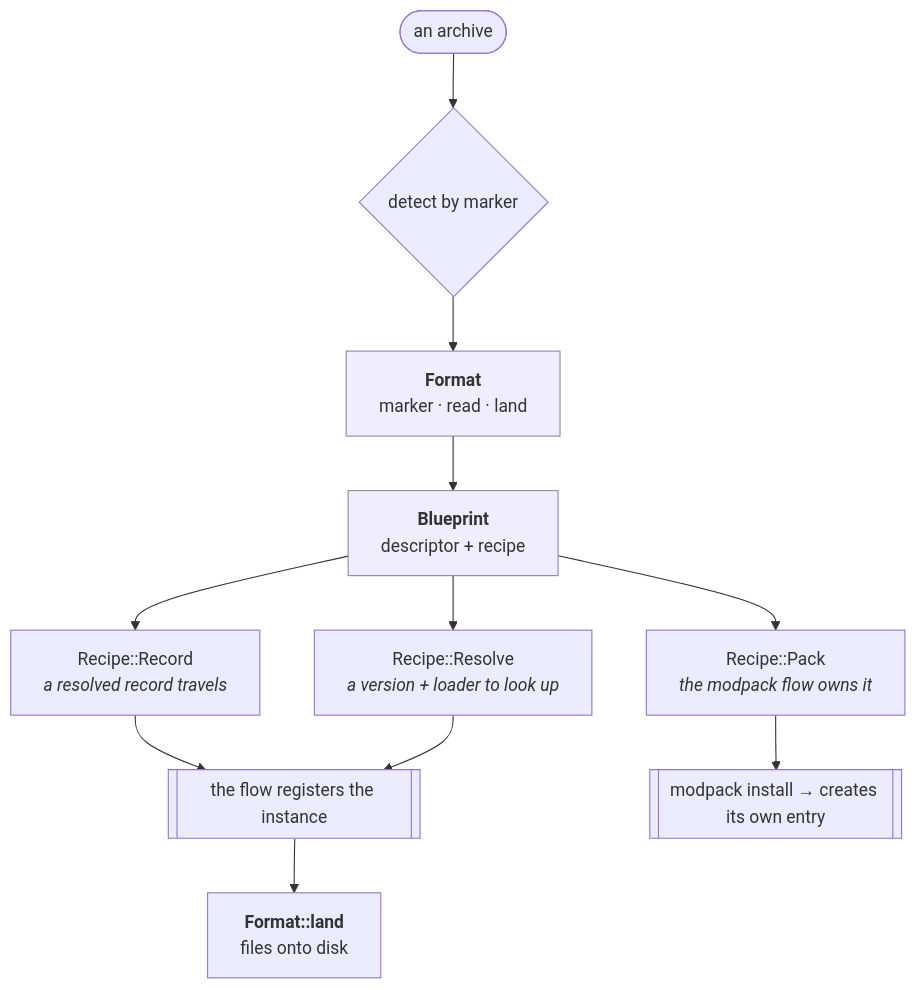
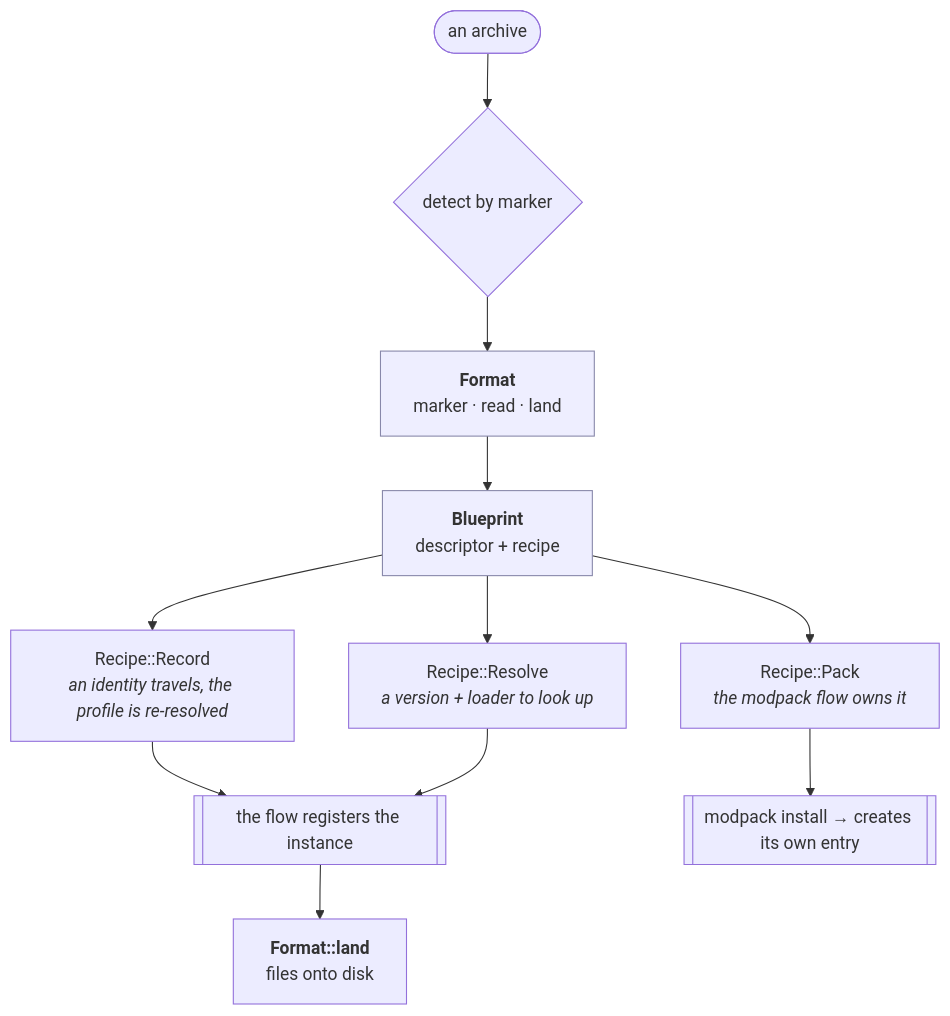
Before and after one commit to prytaneum/hestia: the diagram in docs/architecture/transfer.md, drawn with Mermaid. The commit also changed other lines of this file and 4 other files, not shown here.

````diff
--- a/docs/architecture/transfer.md
+++ b/docs/architecture/transfer.md
@@ -40,16 +40,16 @@
 ```mermaid
 flowchart TD
     FILE([an archive]) --> DETECT{detect by marker}
     DETECT --> FMT["<b>Format</b><br/>marker · read · land"]
     FMT --> BP["<b>Blueprint</b><br/>descriptor + recipe"]
-    BP --> R1["Recipe::Record<br/><i>a resolved record travels</i>"]
+    BP --> R1["Recipe::Record<br/><i>an identity travels, the profile is re-resolved</i>"]
     BP --> R2["Recipe::Resolve<br/><i>a version + loader to look up</i>"]
     BP --> R3["Recipe::Pack<br/><i>the modpack flow owns it</i>"]
     R1 --> CREATE[["the flow registers the instance"]]
     R2 --> CREATE
     R3 --> MODPACK[["modpack install → creates its own entry"]]
     CREATE --> LAND["<b>Format::land</b><br/>files onto disk"]
 
     classDef seam fill:#eef,stroke:#88a
     class FMT,BP seam
 ```
````
